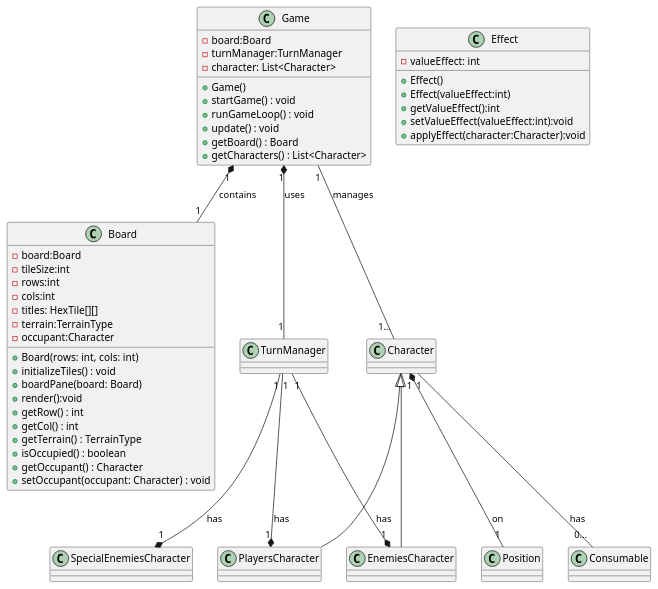
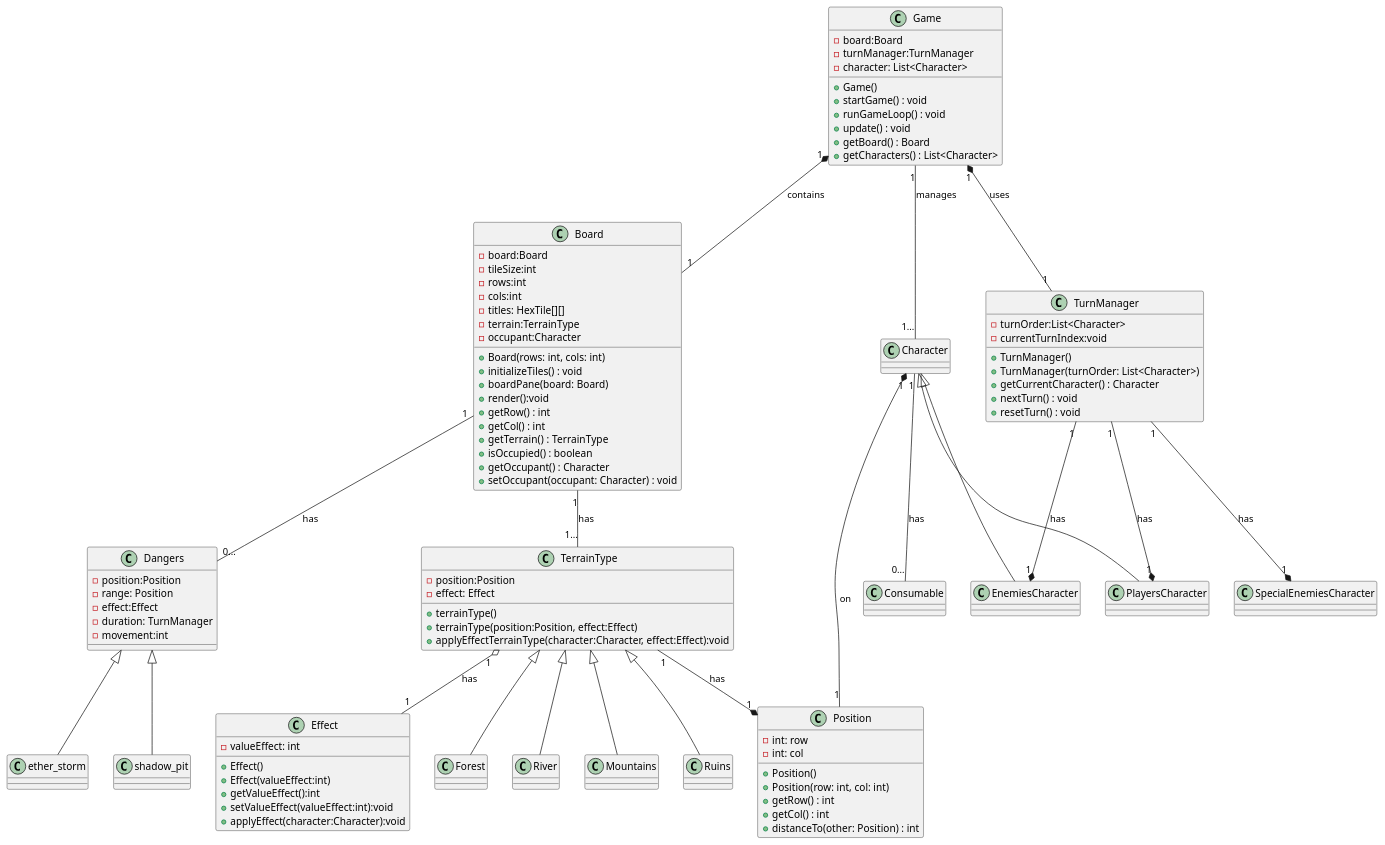
The diagram in Docs/Diagram/ObjectDiagram.puml (yosbel-penate/harry.castillo-Proyecto-DPOO-2025), drawn with PlantUML before and after one commit.

Commit message:
Actualizacion del diagrama de clases UML del juego.

```diff
--- a/Docs/Diagram/ObjectDiagram.puml
+++ b/Docs/Diagram/ObjectDiagram.puml
@@ -1,55 +1,119 @@
 @startuml
   Game "1" *-- "1" Board : contains
   Game "1" -- "1..." Character : manages
   Game "1" *-- "1" TurnManager : uses
   Character <|-- PlayersCharacter
   Character <|-- EnemiesCharacter
   Character "1" -- "0..." Consumable : has
   Character"1" *-- "1"Position:on
   TurnManager"1" --* "1"PlayersCharacter: has
   TurnManager"1" --* "1" EnemiesCharacter: has
   TurnManager"1" --* "1" SpecialEnemiesCharacter: has
 
 
 
  class Game {
      -board:Board
      -turnManager:TurnManager
      -character: List<Character>
      +Game()
      +startGame() : void
      +runGameLoop() : void
      +update() : void
      +getBoard() : Board
      +getCharacters() : List<Character>
  }
 
  class Board {
      -board:Board
      -tileSize:int
      -rows:int
      -cols:int
      -titles: HexTile[][]
      -terrain:TerrainType
      -occupant:Character
      +Board(rows: int, cols: int)
      +initializeTiles() : void
      +boardPane(board: Board)
      +render():void
      +getRow() : int
      +getCol() : int
      +getTerrain() : TerrainType
      +isOccupied() : boolean
      +getOccupant() : Character
      +setOccupant(occupant: Character) : void
  }
 
  class Effect{
     -valueEffect: int
     +Effect()
     +Effect(valueEffect:int)
     +getValueEffect():int
     +setValueEffect(valueEffect:int):void
     +applyEffect(character:Character):void
  }
+
+ TerrainType<|-down- Forest
+  TerrainType<|-down- River
+  TerrainType<|-down- Mountains
+  TerrainType<|-down- Ruins
+  TerrainType"1" o-- "1"Effect:has
+  TerrainType"1" --* "1"Position:has
+
+  class TerrainType{
+      -position:Position
+      -effect: Effect
+      +terrainType()
+      +terrainType(position:Position, effect:Effect)
+      +applyEffectTerrainType(character:Character, effect:Effect):void
+  }
+  class Forest{
+  }
+  class River{
+  }
+  class Mountains{
+  }
+  class Ruins{
+  }
+
+  Board"1" -- "0..."Dangers:has
+  Board"1" --"1..." TerrainType:has
+
+
+  Dangers <|-- ether_storm
+  Dangers <|-- shadow_pit
+
+  class Dangers{
+  -position:Position
+  -range: Position
+  -effect:Effect
+  -duration: TurnManager
+  -movement:int
+  }
+  class ether_storm{
+  }
+  class shadow_pit{
+  }
+
+
+  class Position {
+      -int: row
+      -int: col
+      +Position()
+      +Position(row: int, col: int)
+      +getRow() : int
+      +getCol() : int
+      +distanceTo(other: Position) : int
+  }
+
+  class TurnManager {
+      -turnOrder:List<Character>
+      -currentTurnIndex:void
+      +TurnManager()
+      +TurnManager(turnOrder: List<Character>)
+      +getCurrentCharacter() : Character
+      +nextTurn() : void
+      +resetTurn() : void
+  }
+
 @enduml
```
